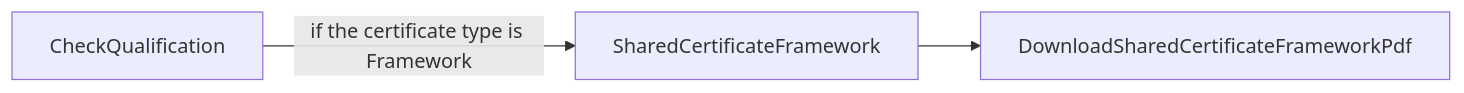
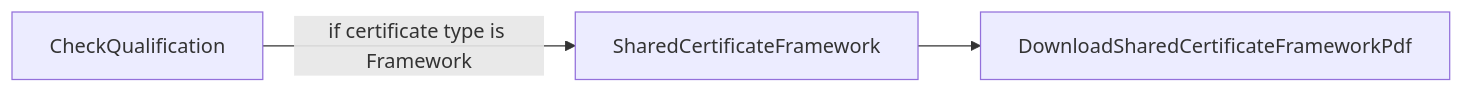
One commit to talentconsulting/atlas-dfe changed the ninth of 9 diagrams in das-digital-certification-web/user-journeys/user-journeys.md. Above: the diagram before and after it, drawn with Mermaid. The commit also changed other lines of this file and 22 other files, not shown here.

````diff
--- a/das-digital-certification-web/user-journeys/user-journeys.md
+++ b/das-digital-certification-web/user-journeys/user-journeys.md
@@ -61,5 +106,5 @@
 ```mermaid
 flowchart LR
-  p0["CheckQualification"] -->|"if the certificate type is Framework"| p1["SharedCertificateFramework"]
+  p0["CheckQualification"] -->|"if certificate type is Framework"| p1["SharedCertificateFramework"]
   p1["SharedCertificateFramework"] --> p2["DownloadSharedCertificateFrameworkPdf"]
 ```
````
